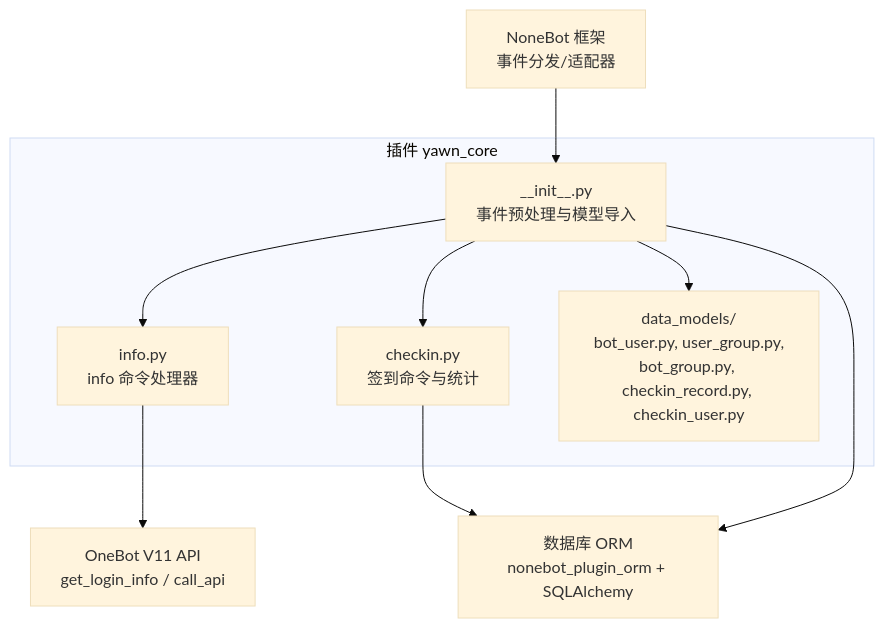
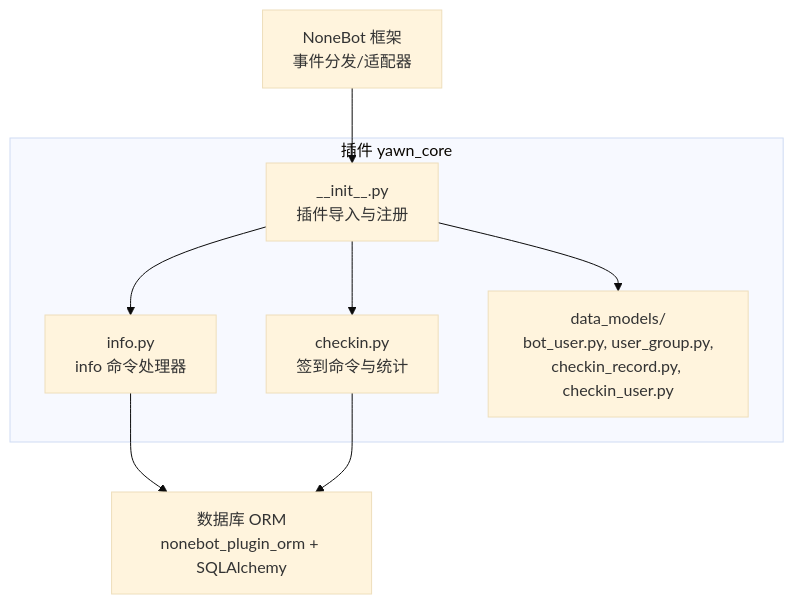
Before and after one commit to Wohaokunr/yawn_bot: the first of 6 diagrams in .qoder/repowiki/zh/content/核心功能模块/信息查询系统.md, drawn with Mermaid (base theme). The commit also changed other lines of this file and 13 other files, not shown here.

````diff
--- a/.qoder/repowiki/zh/content/核心功能模块/信息查询系统.md
+++ b/.qoder/repowiki/zh/content/核心功能模块/信息查询系统.md
@@ -38,19 +44,17 @@
 ```mermaid
 graph TB
 subgraph "插件 yawn_core"
-A["__init__.py<br/>事件预处理与模型导入"]
+A["__init__.py<br/>插件导入与注册"]
 B["info.py<br/>info 命令处理器"]
 C["checkin.py<br/>签到命令与统计"]
-D["data_models/<br/>bot_user.py, user_group.py,<br/>bot_group.py, checkin_record.py, checkin_user.py"]
+D["data_models/<br/>bot_user.py, user_group.py,<br/>checkin_record.py, checkin_user.py"]
 end
 E["NoneBot 框架<br/>事件分发/适配器"]
-F["OneBot V11 API<br/>get_login_info / call_api"]
-G["数据库 ORM<br/>nonebot_plugin_orm + SQLAlchemy"]
+F["数据库 ORM<br/>nonebot_plugin_orm + SQLAlchemy"]
 E --> A
 A --> B
 A --> C
 A --> D
 B --> F
-C --> G
-A --> G
+C --> F
 ```
````
